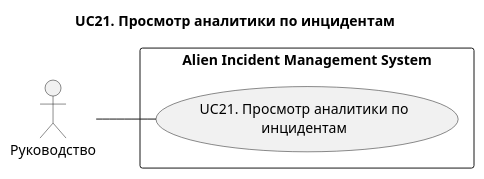
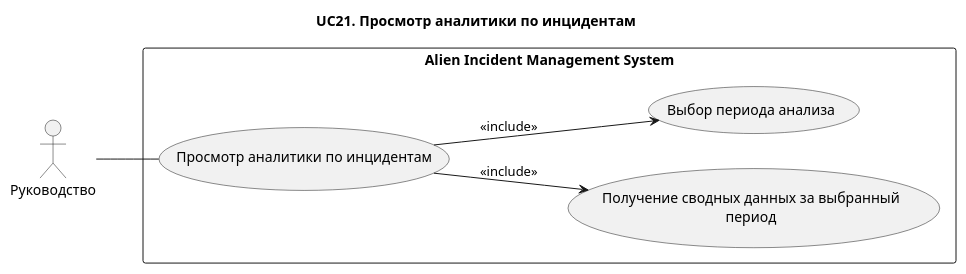
The diagram in docs/use-case/UC21.md (Andryss/AIMS), drawn with PlantUML before and after one commit. The commit also changed other lines of this file and 23 other files, not shown here.

Commit message:
docs: refine use-case diagrams and centralize rendering commands

````diff
--- a/docs/use-case/UC21.md
+++ b/docs/use-case/UC21.md
@@ -3,15 +5,23 @@
 ```plantuml
 @startuml
 title UC21. Просмотр аналитики по инцидентам
 left to right direction
 
 actor "Руководство" as Management
 
 rectangle "Alien Incident Management System" {
-  usecase "UC21. Просмотр аналитики по\nинцидентам" as UC21
+
+(Просмотр аналитики по инцидентам) as UC11
+
+(Получение сводных данных за выбранный\nпериод) as UC115
+(Выбор периода анализа) as UC111
+
 }
 
-Management -- UC21
+Management -- UC11
+
+UC11 --> UC111 : <<include>>
+UC11 --> UC115 : <<include>>
 
 @enduml
 ```
````
